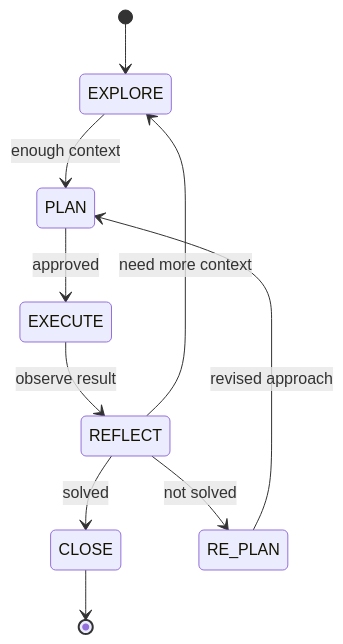
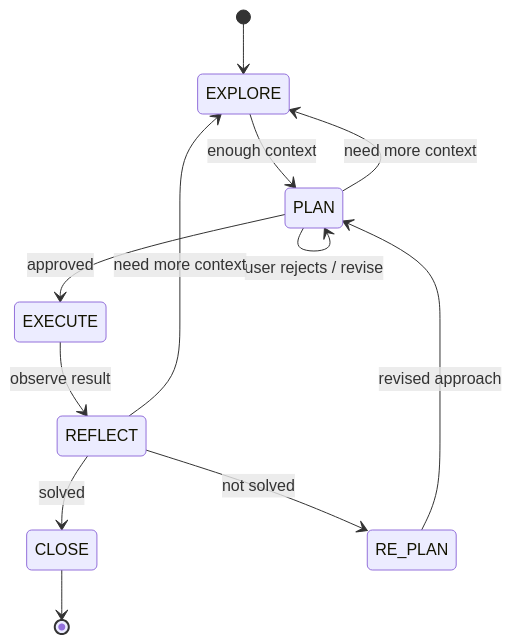
The diagram in README.md (NikolasMarkou/iterative-planner), drawn with Mermaid before and after one commit. The commit also changed other lines of this file and 6 other files, not shown here.

````diff
--- a/README.md
+++ b/README.md
@@ -47,12 +48,14 @@
 ```mermaid
 stateDiagram-v2
     [*] --> EXPLORE
     EXPLORE --> PLAN : enough context
+    PLAN --> EXPLORE : need more context
+    PLAN --> PLAN : user rejects / revise
     PLAN --> EXECUTE : approved
     EXECUTE --> REFLECT : observe result
     REFLECT --> EXPLORE : need more context
     REFLECT --> CLOSE : solved
     REFLECT --> RE_PLAN : not solved
     RE_PLAN --> PLAN : revised approach
     CLOSE --> [*]
 ```
````
